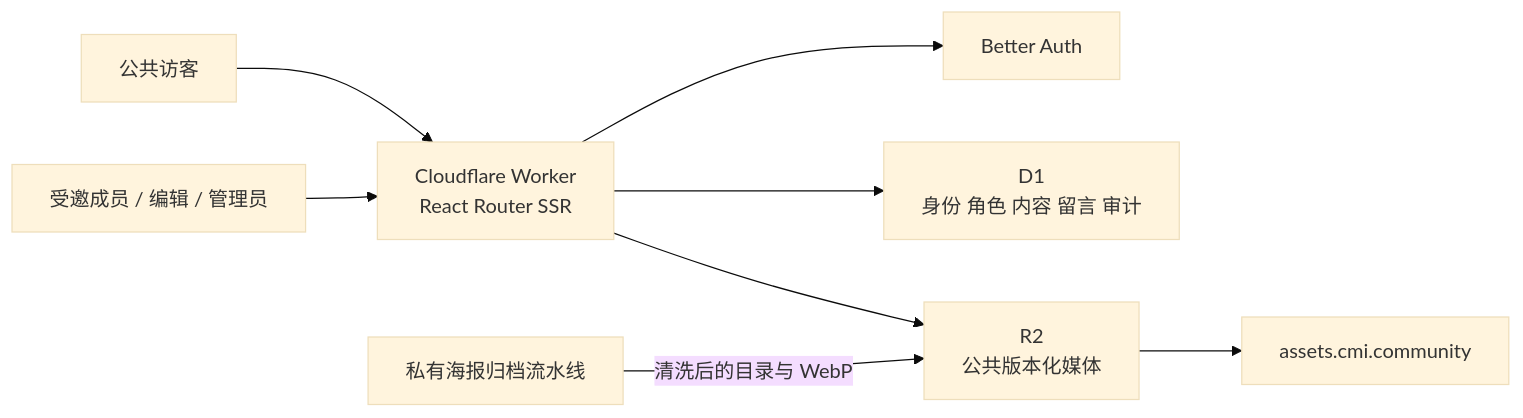
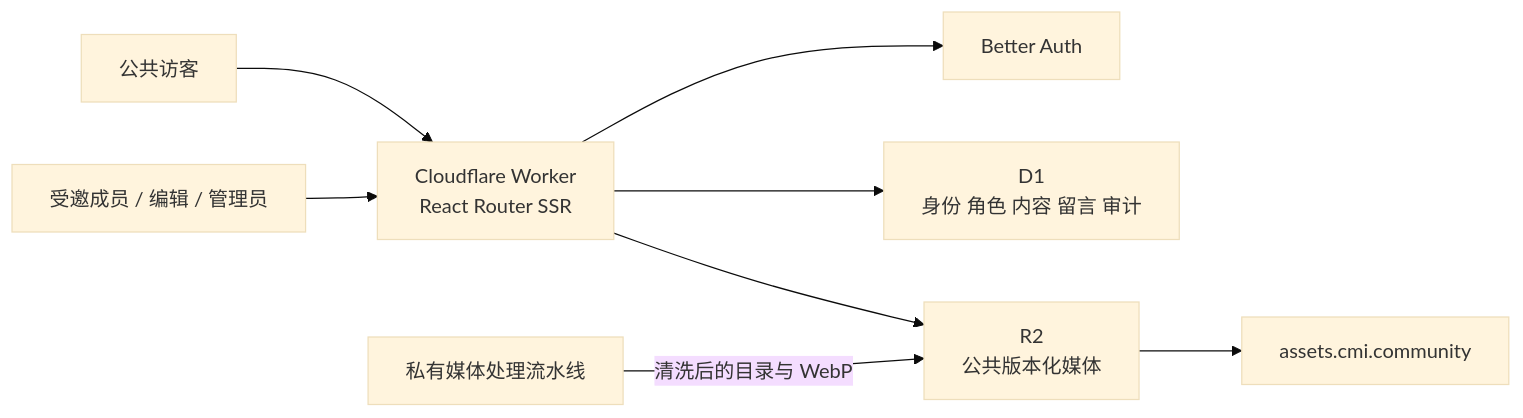
Before and after one commit to CMI-Community/Website: the diagram in docs/architecture.md, drawn with Mermaid (base theme). The commit also changed other lines of this file and 25 other files, not shown here.

````diff
--- a/docs/architecture.md
+++ b/docs/architecture.md
@@ -9,10 +9,10 @@
 ```mermaid
 flowchart LR
   V["公共访客"] --> W["Cloudflare Worker\nReact Router SSR"]
   M["受邀成员 / 编辑 / 管理员"] --> W
   W --> A["Better Auth"]
   W --> D["D1\n身份 角色 内容 留言 审计"]
   W --> R["R2\n公共版本化媒体"]
   R --> C["assets.cmi.community"]
-  P["私有海报归档流水线"] -->|"清洗后的目录与 WebP"| R
+  P["私有媒体处理流水线"] -->|"清洗后的目录与 WebP"| R
 ```
````
